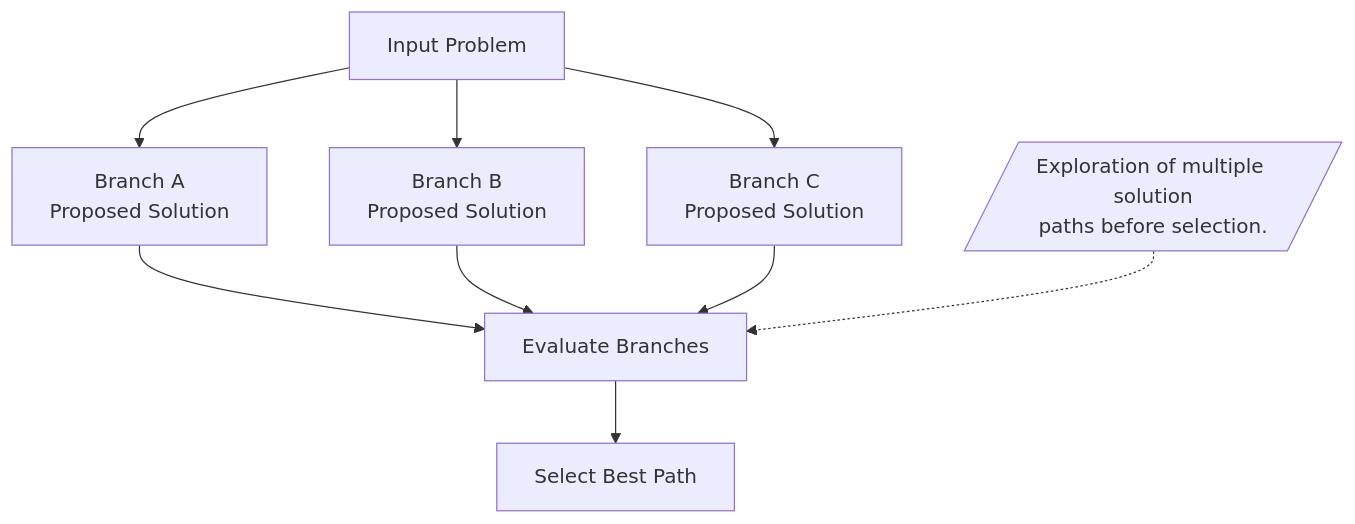
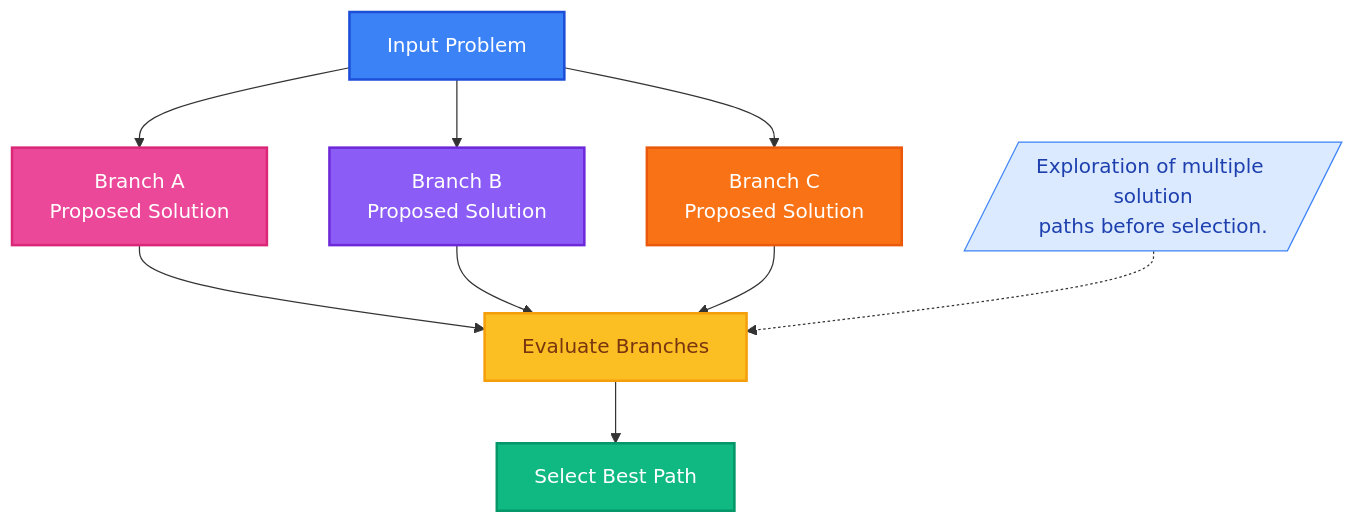
Before and after one commit to asvignesh-qae/gen-ai: the second of 2 diagrams in prompting-techniques.md, drawn with Mermaid. The commit also changed other lines of this file and 1 other file, not shown here.

````diff
--- a/prompting-techniques.md
+++ b/prompting-techniques.md
@@ -146,15 +153,23 @@
 ```mermaid
 flowchart TD
     A[Input Problem] --> B[Branch A<br/>Proposed Solution]
     A --> C[Branch B<br/>Proposed Solution]
     A --> D[Branch C<br/>Proposed Solution]
 
     B --> E[Evaluate Branches]
     C --> E
     D --> E
 
     E --> F[Select Best Path]
 
     Note1[/"Exploration of multiple solution<br/>paths before selection."/]
     Note1 -.-> E
+
+    style A fill:#3B82F6,stroke:#1D4ED8,color:#FFFFFF,stroke-width:2px
+    style B fill:#EC4899,stroke:#DB2777,color:#FFFFFF,stroke-width:2px
+    style C fill:#8B5CF6,stroke:#6D28D9,color:#FFFFFF,stroke-width:2px
+    style D fill:#F97316,stroke:#EA580C,color:#FFFFFF,stroke-width:2px
+    style E fill:#FBBF24,stroke:#F59E0B,color:#78350F,stroke-width:2px
+    style F fill:#10B981,stroke:#059669,color:#FFFFFF,stroke-width:2px
+    style Note1 fill:#DBEAFE,stroke:#3B82F6,color:#1E40AF,stroke-width:1px
 ```
````
